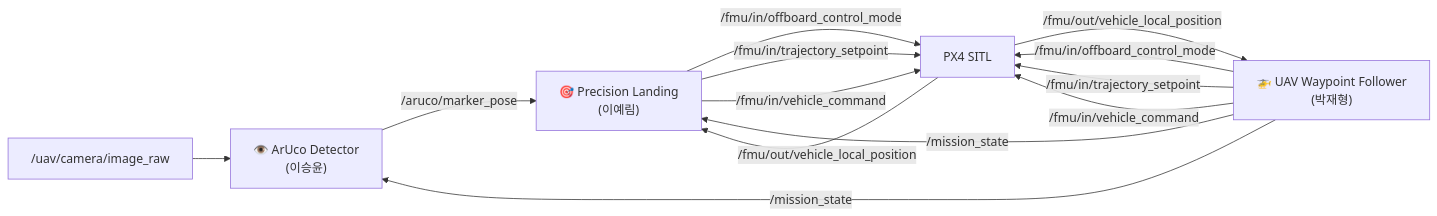
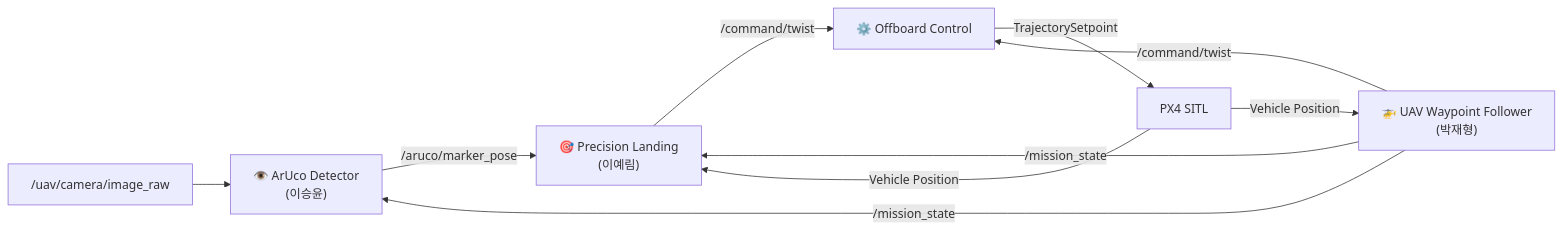
Before and after one commit to subin11111/asp_ws: the diagram in docs/uav_subsystem.md, drawn with Mermaid. The commit also changed other lines of this file, not shown here.

````diff
--- a/docs/uav_subsystem.md
+++ b/docs/uav_subsystem.md
@@ -11,28 +11,27 @@
 ```mermaid
 graph LR
 
     Camera["/uav/camera/image_raw"]
     PX4["PX4 SITL"]
 
     Aruco["👁️ ArUco Detector\n(이승윤)"]
     Waypoint["🚁 UAV Waypoint Follower\n(박재형)"]
     Landing["🎯 Precision Landing\n(이예림)"]
 
+    Offboard["⚙️ Offboard Control"]
+
     Camera --> Aruco
 
-    PX4 -->|/fmu/out/vehicle_local_position| Waypoint
-    PX4 -->|/fmu/out/vehicle_local_position| Landing
+    PX4 -->|Vehicle Position| Waypoint
+    PX4 -->|Vehicle Position| Landing
 
     Waypoint -->|/mission_state| Aruco
     Waypoint -->|/mission_state| Landing
 
     Aruco -->|/aruco/marker_pose| Landing
 
-    Waypoint -->|/fmu/in/offboard_control_mode| PX4
-    Waypoint -->|/fmu/in/trajectory_setpoint| PX4
-    Waypoint -->|/fmu/in/vehicle_command| PX4
+    Waypoint -->|/command/twist| Offboard
+    Landing -->|/command/twist| Offboard
 
-    Landing -->|/fmu/in/offboard_control_mode| PX4
-    Landing -->|/fmu/in/trajectory_setpoint| PX4
-    Landing -->|/fmu/in/vehicle_command| PX4
+    Offboard -->|TrajectorySetpoint| PX4
 ```
````
